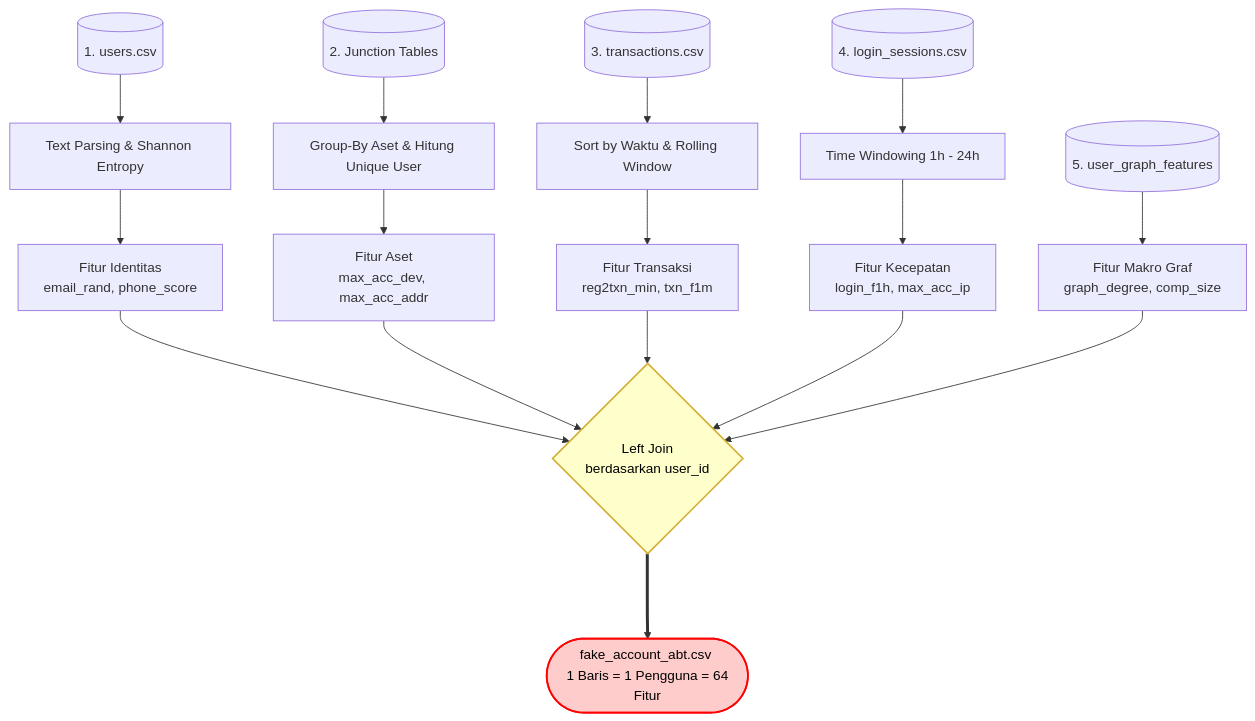
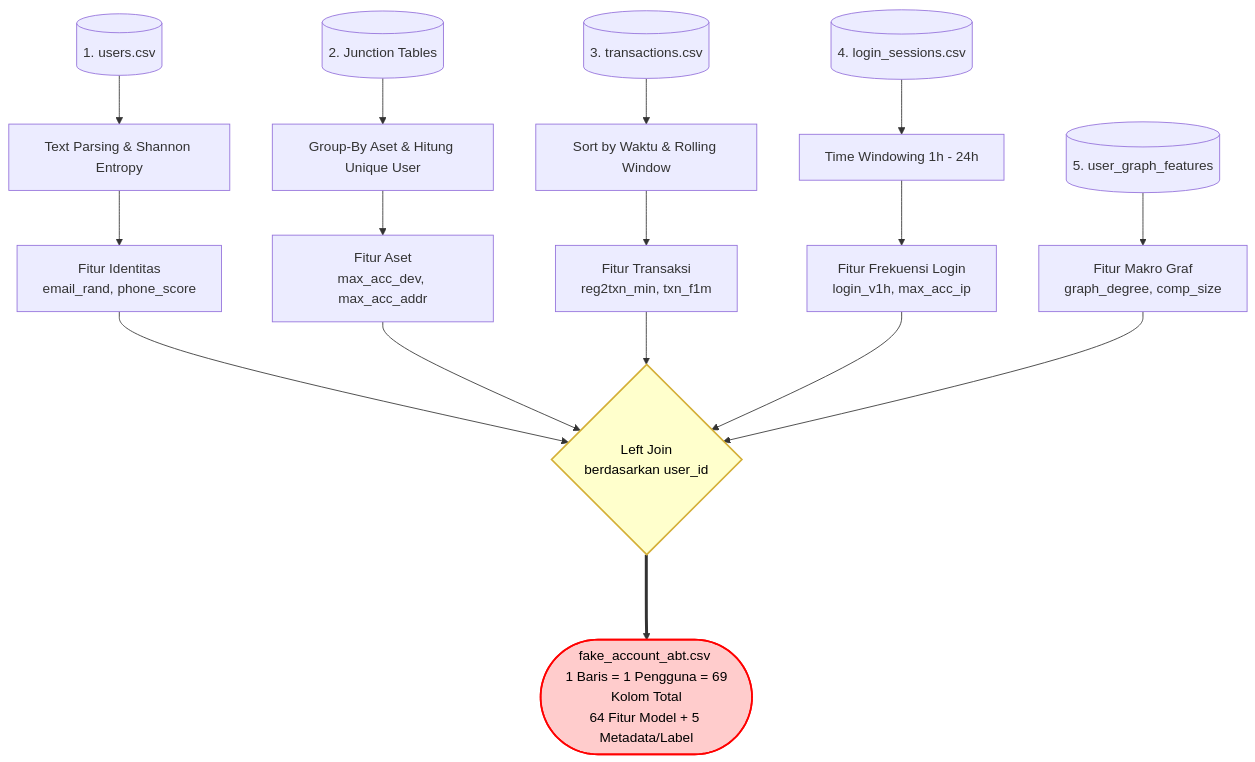
The diagram in docs/ABT_Processing_Flow.md (nudge-deploy/fake-account-detection), drawn with Mermaid before and after one commit. The commit also changed other lines of this file and 23 other files, not shown here.

````diff
--- a/docs/ABT_Processing_Flow.md
+++ b/docs/ABT_Processing_Flow.md
@@ -13,46 +21,46 @@
 ```mermaid
 flowchart TD
     %% Input Tables
     T_Users[(1. users.csv)]
     T_Junc[(2. Junction Tables)]
     T_Trans[(3. transactions.csv)]
     T_Login[(4. login_sessions.csv)]
     T_Graph[(5. user_graph_features)]
 
     %% Operations
     Op_Text[Text Parsing & Shannon Entropy]
     Op_Group[Group-By Aset & Hitung Unique User]
     Op_Time[Sort by Waktu & Rolling Window]
     Op_Vel[Time Windowing 1h - 24h]
 
     %% Derived Features
     F_Id[Fitur Identitas<br/>email_rand, phone_score]
     F_Junc[Fitur Aset<br/>max_acc_dev, max_acc_addr]
     F_Trans[Fitur Transaksi<br/>reg2txn_min, txn_f1m]
-    F_Login[Fitur Kecepatan<br/>login_f1h, max_acc_ip]
+    F_Login[Fitur Frekuensi Login<br/>login_v1h, max_acc_ip]
     F_Graph[Fitur Makro Graf<br/>graph_degree, comp_size]
 
     %% Flow
     T_Users --> Op_Text --> F_Id
     T_Junc --> Op_Group --> F_Junc
     T_Trans --> Op_Time --> F_Trans
     T_Login --> Op_Vel --> F_Login
     T_Graph --> F_Graph
 
     %% Merge
     Merge{Left Join <br/> berdasarkan user_id}
     
     F_Id --> Merge
     F_Junc --> Merge
     F_Trans --> Merge
     F_Login --> Merge
     F_Graph --> Merge
 
     %% Output
-    Out([fake_account_abt.csv <br/> 1 Baris = 1 Pengguna = 64 Fitur])
+    Out([fake_account_abt.csv <br/> 1 Baris = 1 Pengguna = 69 Kolom Total<br/>64 Fitur Model + 5 Metadata/Label])
     Merge ===> Out
     
     %% Styling
     style Out fill:#ffcccc,stroke:#ff0000,stroke-width:2px,color:#000
     style Merge fill:#ffffcc,stroke:#d4af37,stroke-width:2px,color:#000
 ```
````
